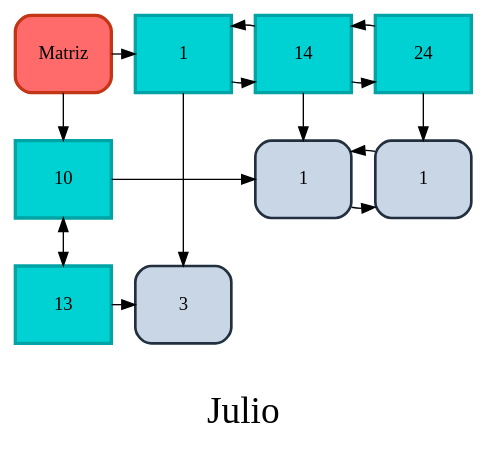
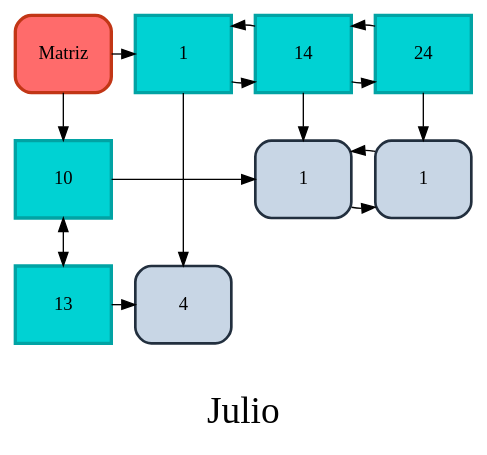
Before and after one commit to DanielDubonDR/EDD_SmartClass_201901772: the diagram in Fase_2/Archivos_dot/Dispersa.dot, drawn with Graphviz. The commit also changed 3 other files, not shown here.

```diff
--- a/Fase_2/Archivos_dot/Dispersa.dot
+++ b/Fase_2/Archivos_dot/Dispersa.dot
@@ -1,34 +1,34 @@
 
         digraph G {
         label="\nJulio" fontsize=28;
         node [shape=box, height=0.8];
         Head[ label = "Matriz", width = 1, style = "filled, rounded" fillcolor = "#ff6b6b", color="#c23616" group = 1 penwidth=2.5];
         
 		F10 [label = "10"   width = 1 style = filled, fillcolor = "#00d2d3", color="#01a3a4" penwidth=2.5 group = 1 ];
 		F13 [label = "13"   width = 1 style = filled, fillcolor = "#00d2d3", color="#01a3a4" penwidth=2.5 group = 1 ];
 		edge[dir="both"];
 		F10 -> F13;
 		edge[dir="forward"];
 		C1 [label = "1"   width = 1 style = filled, fillcolor = "#00d2d3", color="#01a3a4" penwidth=2.5 group = 1 ];
 		C14 [label = "14"   width = 1 style = filled, fillcolor = "#00d2d3", color="#01a3a4" penwidth=2.5 group = 14 ];
 		C24 [label = "24"   width = 1 style = filled, fillcolor = "#00d2d3", color="#01a3a4" penwidth=2.5 group = 24 ];
 		C1 -> C14;
 		C14 -> C1;
 		C14 -> C24;
 		C24 -> C14;
 		Head -> F10; 
 		Head -> C1;
 		{ rank = same; Head;C1; C14; C24; }
 		N10_L14 [label = "1" width = 1, style="filled, rounded" fillcolor="#c8d6e5" color="#222f3e" penwidth=2 group = 14 ];
 		F10 -> N10_L14;
 		N10_L14-> N10_L24;
 		N10_L24-> N10_L14;
 		N10_L24 [label = "1" width = 1, style="filled, rounded" fillcolor="#c8d6e5" color="#222f3e" penwidth=2 group = 24 ];
-		N13_L1 [label = "3" width = 1, style="filled, rounded" fillcolor="#c8d6e5" color="#222f3e" penwidth=2 group = 1 ];
+		N13_L1 [label = "4" width = 1, style="filled, rounded" fillcolor="#c8d6e5" color="#222f3e" penwidth=2 group = 1 ];
 		F13 -> N13_L1;
 		{ rank = same; F10; N10_L14; N10_L24; }
 		{ rank = same; F13; N13_L1; }
 		C1 -> N13_L1;
 		C14 -> N10_L14;
 		C24 -> N10_L24;
 }
```
